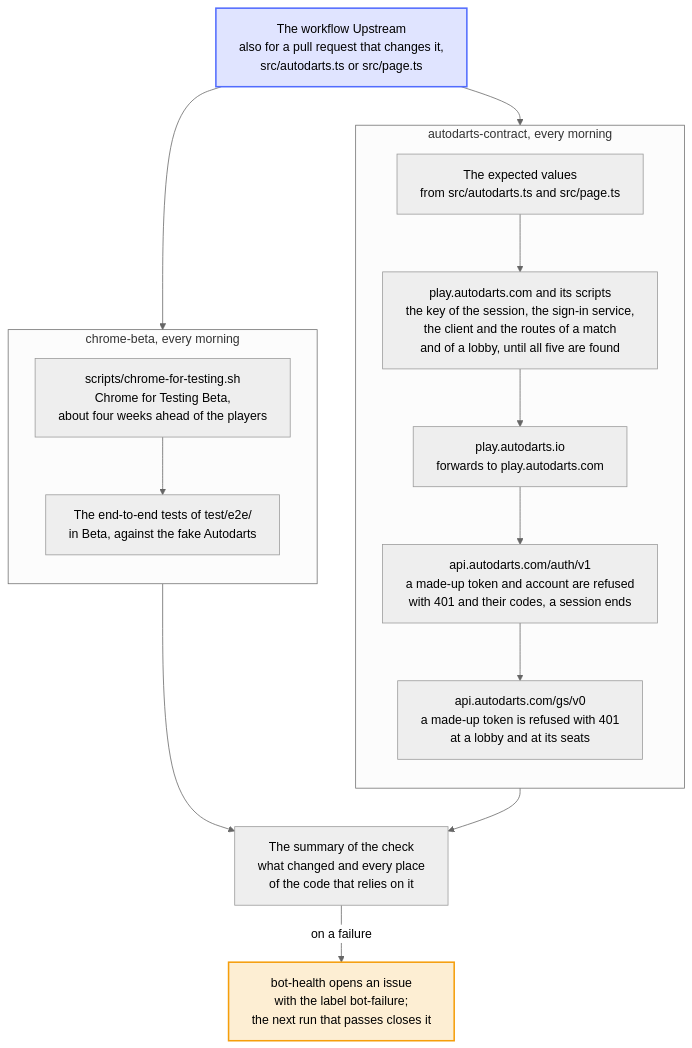
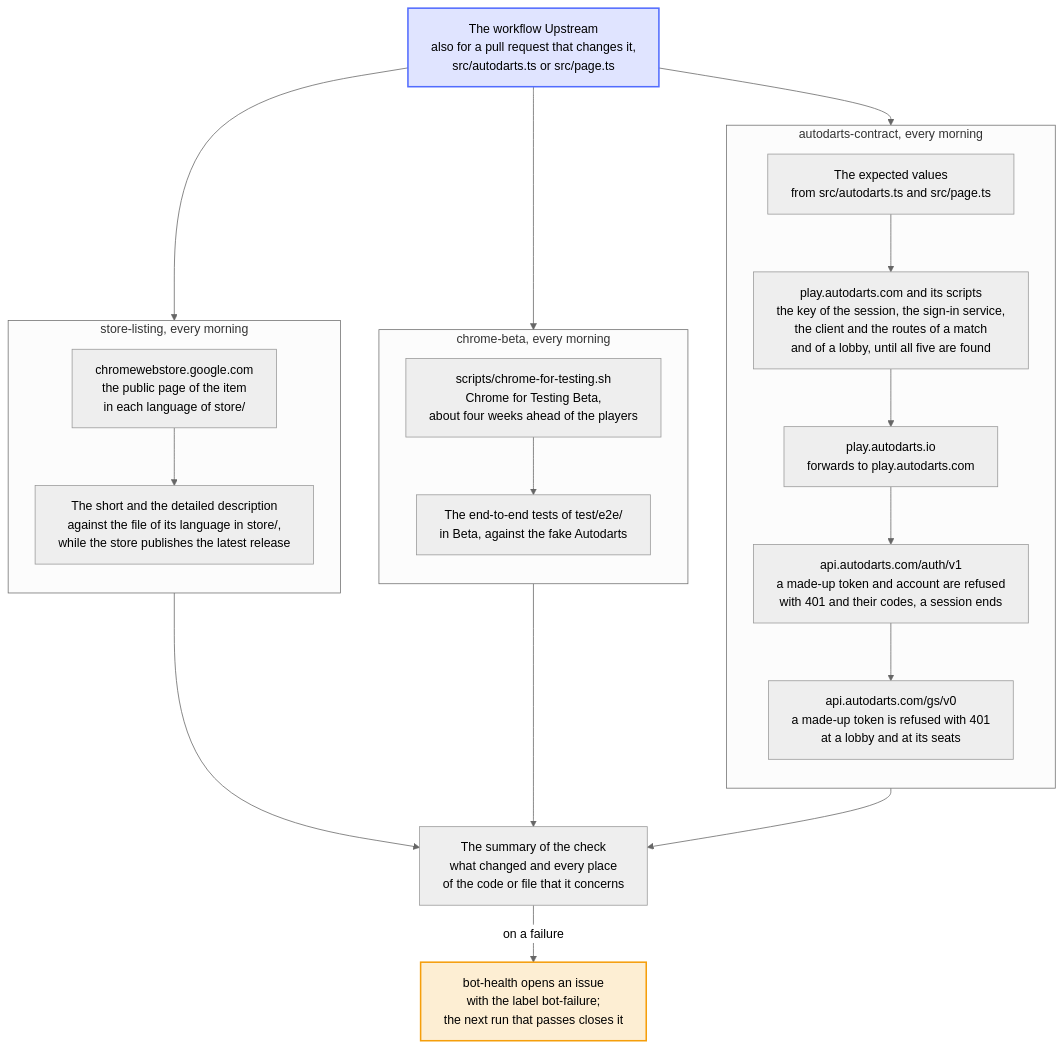
The diagram in docs/diagrams/how-the-upstream-checks-work.mmd (Dennis-Otto/player-switch-for-autodarts), drawn with Mermaid (neutral theme) before and after one commit. The commit also changed 13 other files, not shown here.

First line of the commit message:
ci(upstream): compare the descriptions on the Chrome Web Store with store/ every morning (#259)

```diff
--- a/docs/diagrams/how-the-upstream-checks-work.mmd
+++ b/docs/diagrams/how-the-upstream-checks-work.mmd
@@ -1,45 +1,54 @@
 ---
 config:
   flowchart:
     wrappingWidth: 400
 ---
 flowchart TB
     accTitle: How the upstream checks work
-    accDescr: The workflow Upstream runs two checks of what the extension relies on but doesn't control. Every morning, autodarts-contract takes the expected values from src/autodarts.ts and src/page.ts and asks the real Autodarts with made-up data only, about a dozen requests: it looks for the key of the session, the sign-in service, the client and the scripts of the routes of a match and of a lobby in the code of play.autodarts.com, its page first and then script by script until it has found all five, follows the forward of play.autodarts.io, sends a made-up token, a made-up account and the end of a made-up session to the sign-in service, and a made-up token to a made-up lobby and its seats at the game service, through the functions of the extension. Every morning as well, chrome-beta downloads Chrome for Testing Beta, the next version of Chrome, and runs the end-to-end tests in it against the fake Autodarts. When either fails, its summary names what changed and where the code relies on it, and the bot-health bot opens an issue with the label bot-failure, which the next run that passes closes.
+    accDescr: The workflow Upstream runs three checks of what the extension relies on but doesn't control. Every morning, autodarts-contract takes the expected values from src/autodarts.ts and src/page.ts and asks the real Autodarts with made-up data only, about a dozen requests: it looks for the key of the session, the sign-in service, the client and the scripts of the routes of a match and of a lobby in the code of play.autodarts.com, its page first and then script by script until it has found all five, follows the forward of play.autodarts.io, sends a made-up token, a made-up account and the end of a made-up session to the sign-in service, and a made-up token to a made-up lobby and its seats at the game service, through the functions of the extension. Every morning as well, chrome-beta downloads Chrome for Testing Beta, the next version of Chrome, and runs the end-to-end tests in it against the fake Autodarts. Every morning as well, store-listing reads the public page of the Chrome Web Store in each language of store/ and compares its short and detailed description with the file. When one fails, its summary names what changed and where the code relies on it, and the bot-health bot opens an issue with the label bot-failure, which the next run that passes closes.
 
     workflow["The workflow Upstream<br>also for a pull request that changes it,<br>src/autodarts.ts or src/page.ts"]
 
     subgraph daily ["autodarts-contract, every morning"]
         direction TB
         values["The expected values<br>from src/autodarts.ts and src/page.ts"]
         page["play.autodarts.com and its scripts<br>the key of the session, the sign-in service,<br>the client and the routes of a match<br>and of a lobby, until all five are found"]
         forward["play.autodarts.io<br>forwards to play.autodarts.com"]
         auth["api.autodarts.com/auth/v1<br>a made-up token and account are refused<br>with 401 and their codes, a session ends"]
         game["api.autodarts.com/gs/v0<br>a made-up token is refused with 401<br>at a lobby and at its seats"]
         values --> page
         page --> forward
         forward --> auth
         auth --> game
     end
 
     subgraph beta ["chrome-beta, every morning"]
         direction TB
         download["scripts/chrome-for-testing.sh<br>Chrome for Testing Beta,<br>about four weeks ahead of the players"]
         tests["The end-to-end tests of test/e2e/<br>in Beta, against the fake Autodarts"]
         download --> tests
     end
 
+    subgraph listing ["store-listing, every morning"]
+        direction TB
+        store["chromewebstore.google.com<br>the public page of the item<br>in each language of store/"]
+        texts["The short and the detailed description<br>against the file of its language in store/,<br>while the store publishes the latest release"]
+        store --> texts
+    end
+
     workflow --> values
     workflow --> download
+    workflow --> store
 
-    report["The summary of the check<br>what changed and every place<br>of the code that relies on it"]
+    report["The summary of the check<br>what changed and every place<br>of the code or file that it concerns"]
     game --> report
     tests --> report
+    texts --> report
 
     issue["bot-health opens an issue<br>with the label bot-failure;<br>the next run that passes closes it"]
     report -->|on a failure| issue
 
     classDef bot fill:#526cfe2e,stroke:#526cfe,stroke-width:2px
     classDef person fill:#f59e0b2e,stroke:#f59e0b,stroke-width:2px
     class workflow bot
     class issue person
```
